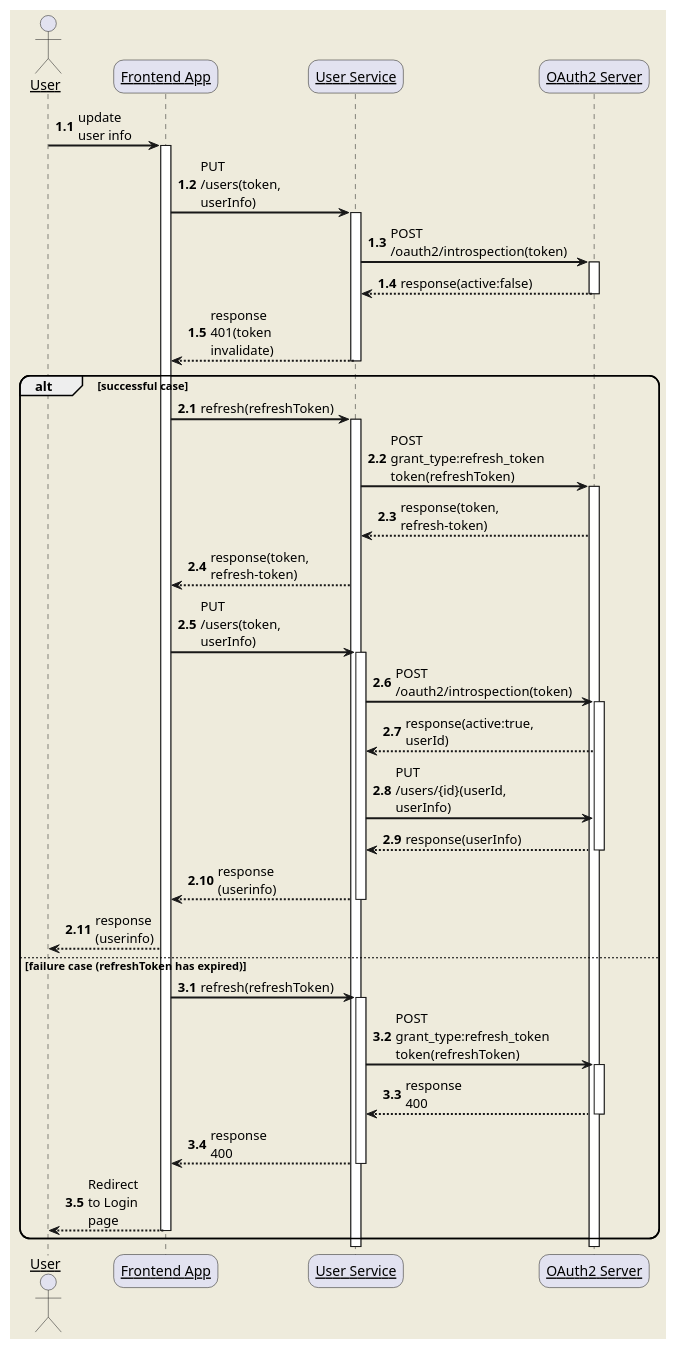
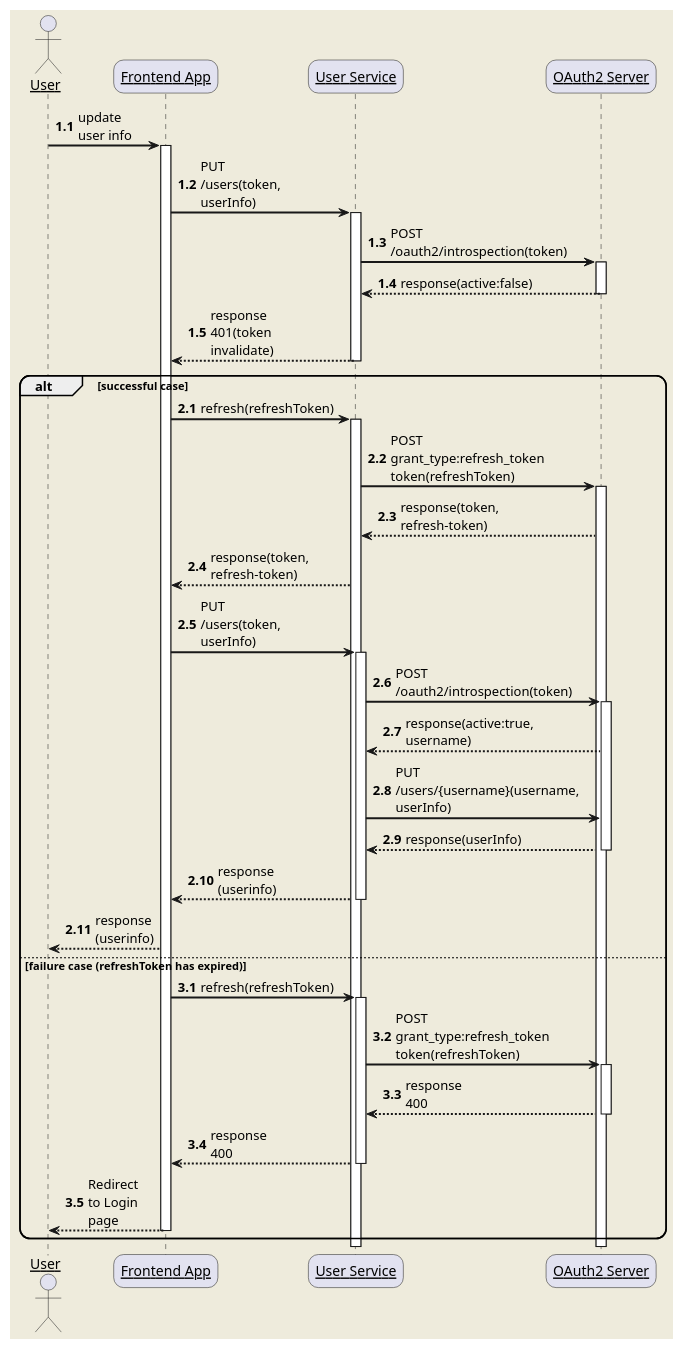
The diagram in doc/sequence/user-update-token-timeout.puml (Hannibal0416/modern-renting-service), drawn with PlantUML before and after one commit. The commit also changed 21 other files, not shown here.

```diff
--- a/doc/sequence/user-update-token-timeout.puml
+++ b/doc/sequence/user-update-token-timeout.puml
@@ -1,71 +1,71 @@
 @startuml
 skinparam backgroundColor #EEEBDC
 skinparam handwritten false
 skinparam sequenceArrowThickness 2
 skinparam roundcorner 20
 skinparam maxmessagesize 60
 skinparam sequenceParticipant underline
 
 actor User
 participant "Frontend App" as Frontend
 participant "User Service" as UserService
 participant "OAuth2 Server" as OAuth
 
 autonumber 1.1
 User -> Frontend: update user info
 activate Frontend
 
 Frontend -> UserService: PUT /users(token, userInfo)
 activate UserService
 
 UserService -> OAuth: POST /oauth2/introspection(token)
 activate OAuth
 OAuth --> UserService: response(active:false)
 deactivate OAuth
 
 UserService --> Frontend: response 401(token invalidate)
 deactivate UserService
 alt successful case
   autonumber inc A
   Frontend -> UserService: refresh(refreshToken)
   activate UserService
 
   UserService -> OAuth: POST grant_type:refresh_token token(refreshToken)
   activate OAuth
 
 
   OAuth --> UserService: response(token, refresh-token)
 
   UserService --> Frontend: response(token, refresh-token)
 
   Frontend -> UserService: PUT /users(token, userInfo)
   activate UserService
   UserService -> OAuth: POST /oauth2/introspection(token)
   activate OAuth
-  OAuth --> UserService: response(active:true, userId)
+  OAuth --> UserService: response(active:true, username)
 
-  UserService -> OAuth: PUT /users/{id}(userId, userInfo)
+  UserService -> OAuth: PUT /users/{username}(username, userInfo)
 
   OAuth --> UserService: response(userInfo)
   deactivate OAuth
   UserService --> Frontend: response (userinfo)
   deactivate UserService
   Frontend --> User: response (userinfo)
 
 else failure case (refreshToken has expired)
   autonumber inc A
   Frontend -> UserService: refresh(refreshToken)
   activate UserService
 
   UserService -> OAuth: POST grant_type:refresh_token token(refreshToken)
   activate OAuth
   OAuth --> UserService: response 400
   deactivate OAuth
 
   UserService --> Frontend: response 400
   deactivate UserService
 
   Frontend --> User: Redirect to Login page
   deactivate Frontend
 end
 @enduml
```
